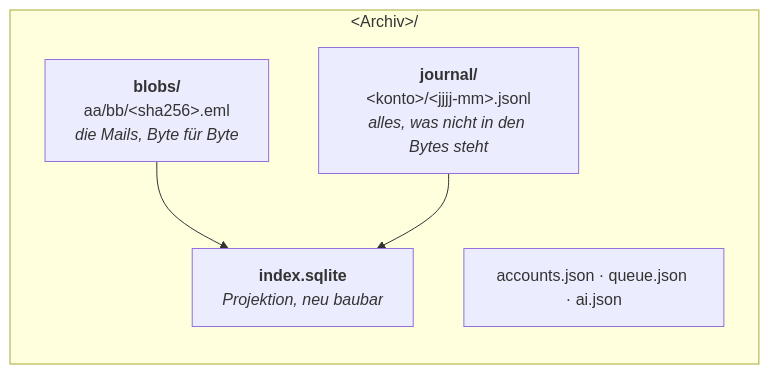
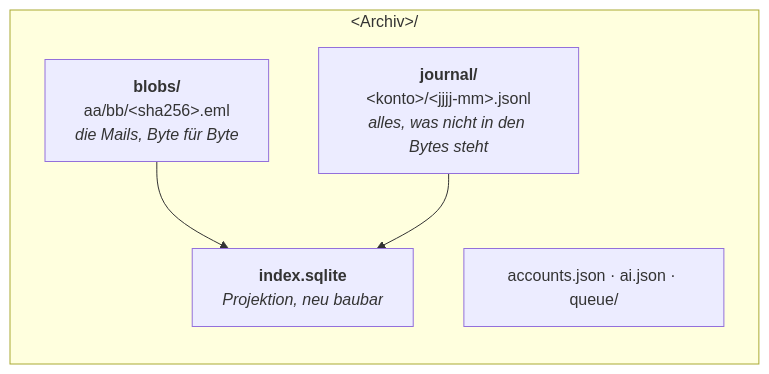
Before and after one commit to tietjen/mailkeeper: the second of 6 diagrams in docs/architektur.md, drawn with Mermaid. The commit also changed other lines of this file and 10 other files, not shown here.

````diff
--- a/docs/architektur.md
+++ b/docs/architektur.md
@@ -62,11 +62,11 @@
 ```mermaid
 flowchart LR
     subgraph Root["&lt;Archiv&gt;/"]
         B["<b>blobs/</b><br/>aa/bb/&lt;sha256&gt;.eml<br/><i>die Mails, Byte für Byte</i>"]
         J["<b>journal/</b><br/>&lt;konto&gt;/&lt;jjjj-mm&gt;.jsonl<br/><i>alles, was nicht in den Bytes steht</i>"]
         I["<b>index.sqlite</b><br/><i>Projektion, neu baubar</i>"]
-        A["accounts.json · queue.json · ai.json"]
+        A["accounts.json · ai.json · queue/"]
     end
     B --> I
     J --> I
 ```
````
